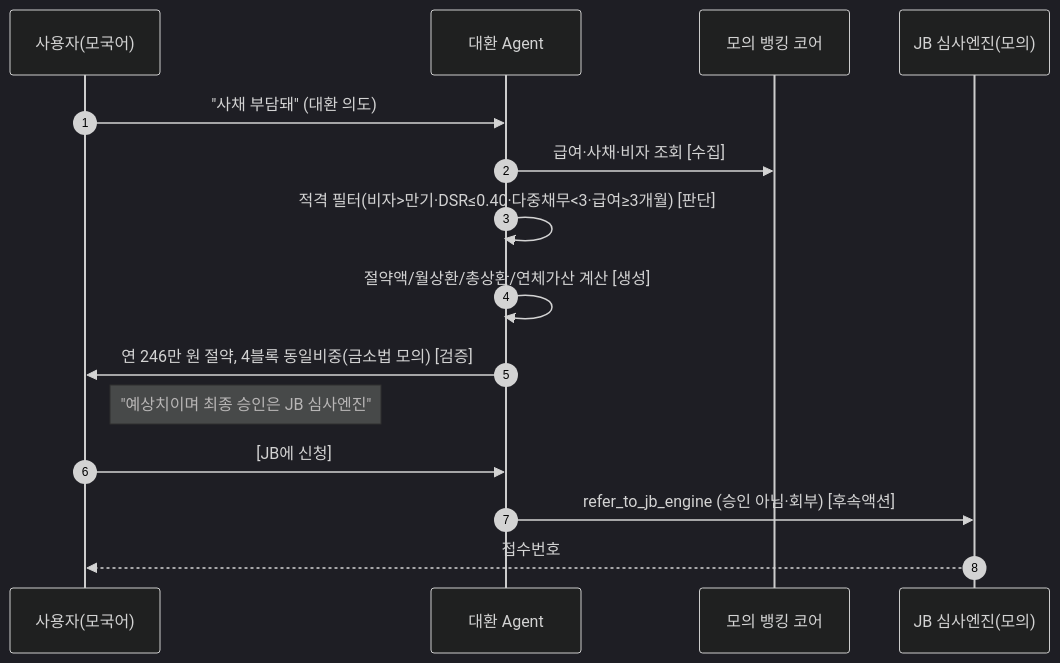
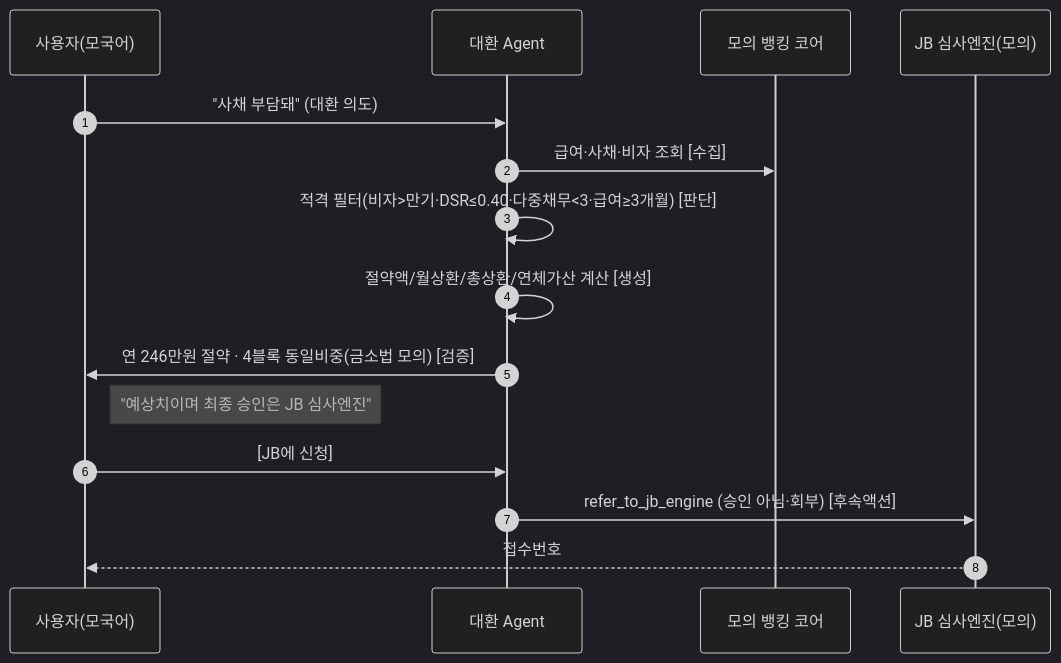
One commit to moon0825/majung changed the fifth of 5 diagrams in docs/diagrams.md. Above: the diagram before and after it, drawn with Mermaid (dark theme). The commit also changed other lines of this file and 58 other files, not shown here.

````diff
--- a/docs/diagrams.md
+++ b/docs/diagrams.md
@@ -119,18 +151,18 @@
 ```mermaid
 sequenceDiagram
     autonumber
     participant U as 사용자(모국어)
     participant ORC as 대환 Agent
     participant DB as 모의 뱅킹 코어
     participant JB as JB 심사엔진(모의)
 
     U->>ORC: "사채 부담돼" (대환 의도)
     ORC->>DB: 급여·사채·비자 조회 [수집]
     ORC->>ORC: 적격 필터(비자>만기·DSR≤0.40·다중채무<3·급여≥3개월) [판단]
     ORC->>ORC: 절약액/월상환/총상환/연체가산 계산 [생성]
-    ORC->>U: 연 246만 원 절약, 4블록 동일비중(금소법 모의) [검증]
+    ORC->>U: 연 246만원 절약 · 4블록 동일비중(금소법 모의) [검증]
     Note right of U: "예상치이며 최종 승인은 JB 심사엔진"
     U->>ORC: [JB에 신청]
     ORC->>JB: refer_to_jb_engine (승인 아님·회부) [후속액션]
     JB-->>U: 접수번호
 ```
````
